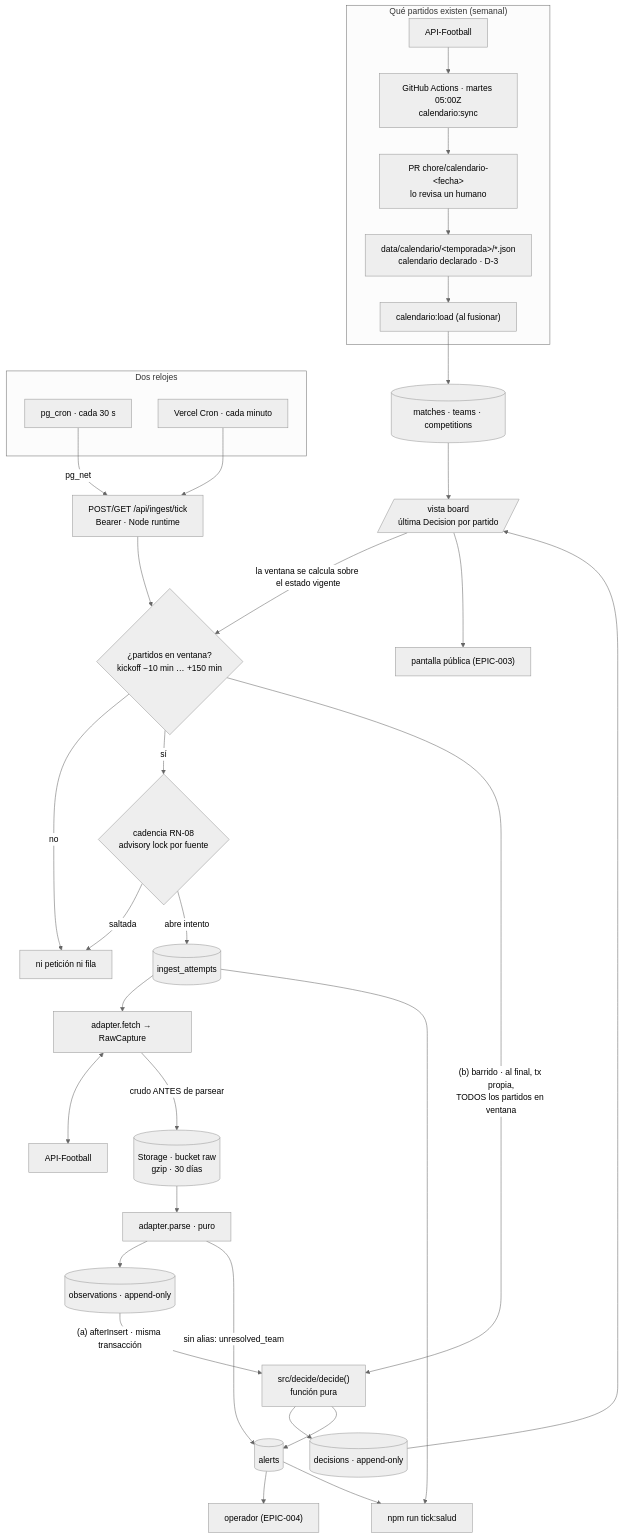
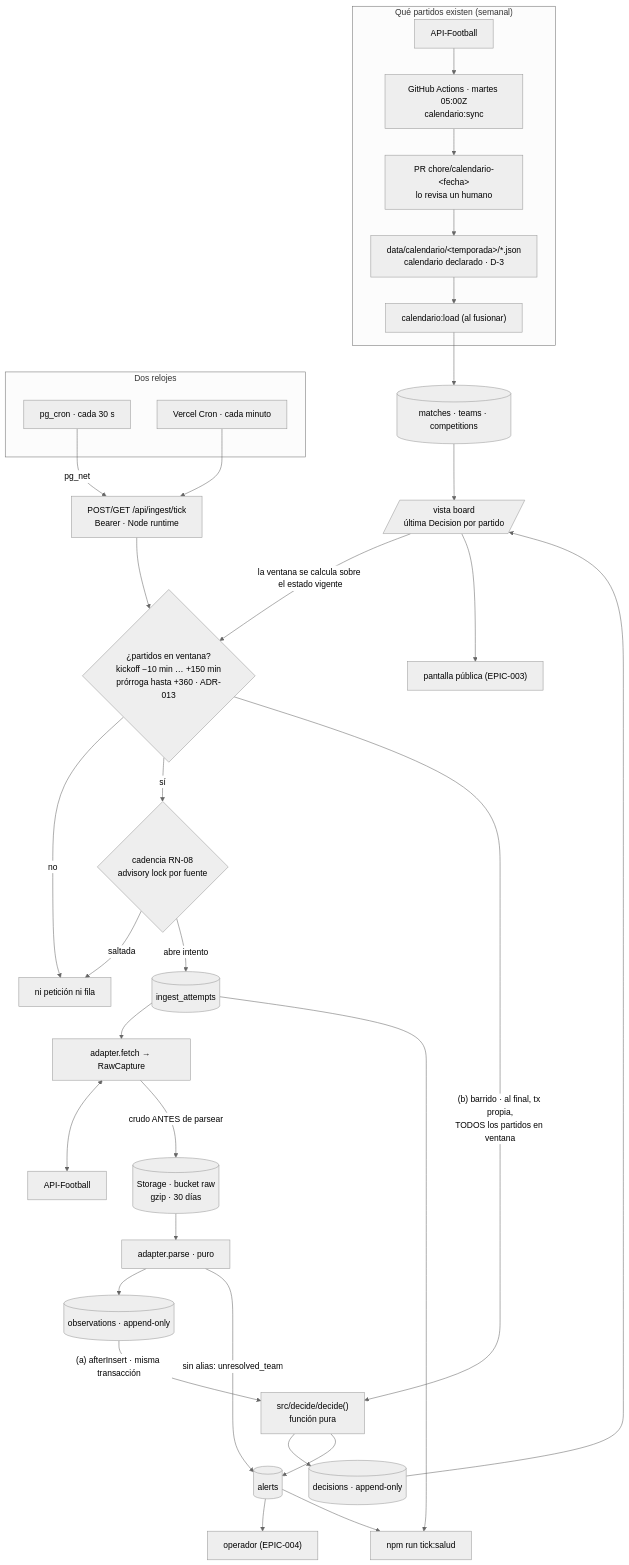
Before and after one commit to tremen-dev/marcadorgal: the diagram in docs/fundacion/como-funciona.md, drawn with Mermaid (neutral theme). The commit also changed other lines of this file and 2 other files, not shown here.

````diff
--- a/docs/fundacion/como-funciona.md
+++ b/docs/fundacion/como-funciona.md
@@ -12,59 +12,59 @@
 ```mermaid
 flowchart TB
   subgraph decl["Qué partidos existen (semanal)"]
     PROV1[API-Football]
     GHA["GitHub Actions · martes 05:00Z<br/>calendario:sync"]
     CAL["data/calendario/&lt;temporada&gt;/*.json<br/>calendario declarado · D-3"]
     PR["PR chore/calendario-&lt;fecha&gt;<br/>lo revisa un humano"]
     LOAD["calendario:load (al fusionar)"]
     PROV1 --> GHA --> PR --> CAL --> LOAD
   end
 
   subgraph relojes["Dos relojes"]
     PGCRON["pg_cron · cada 30 s"]
     VCRON["Vercel Cron · cada minuto"]
   end
 
   DB[("matches · teams · competitions")]
   LOAD --> DB
   TICK["POST/GET /api/ingest/tick<br/>Bearer · Node runtime"]
   PGCRON -- "pg_net" --> TICK
   VCRON --> TICK
 
-  WIN{"¿partidos en ventana?<br/>kickoff −10 min … +150 min"}
+  WIN{"¿partidos en ventana?<br/>kickoff −10 min … +150 min<br/>prórroga hasta +360 · ADR-013"}
   TICK --> WIN
   WIN -- no --> NADA["ni petición ni fila"]
   CAD{"cadencia RN-08<br/>advisory lock por fuente"}
   WIN -- "sí" --> CAD
   CAD -- "saltada" --> NADA
   ATT[("ingest_attempts")]
   CAD -- "abre intento" --> ATT
   FETCH["adapter.fetch → RawCapture"]
   ATT --> FETCH
   PROV2[API-Football]
   FETCH <--> PROV2
   RAW[("Storage · bucket raw<br/>gzip · 30 días")]
   FETCH -- "crudo ANTES de parsear" --> RAW
   PARSE["adapter.parse · puro"]
   RAW --> PARSE
   OBS[("observations · append-only")]
   PARSE --> OBS
 
   ENG["src/decide/decide()<br/>función pura"]
   OBS -- "(a) afterInsert · misma transacción" --> ENG
   WIN -- "(b) barrido · al final, tx propia,<br/>TODOS los partidos en ventana" --> ENG
   DEC[("decisions · append-only")]
   ALERTS[("alerts")]
   ENG --> DEC
   ENG --> ALERTS
   PARSE -- "sin alias: unresolved_team" --> ALERTS
 
   BOARD[/"vista board<br/>última Decision por partido"/]
   DEC --> BOARD
   DB --> BOARD
   BOARD -- "la ventana se calcula sobre el estado vigente" --> WIN
   BOARD --> WEB["pantalla pública (EPIC-003)"]
   ALERTS --> OP["operador (EPIC-004)"]
   ALERTS --> SALUD["npm run tick:salud"]
   ATT --> SALUD
 ```
````
